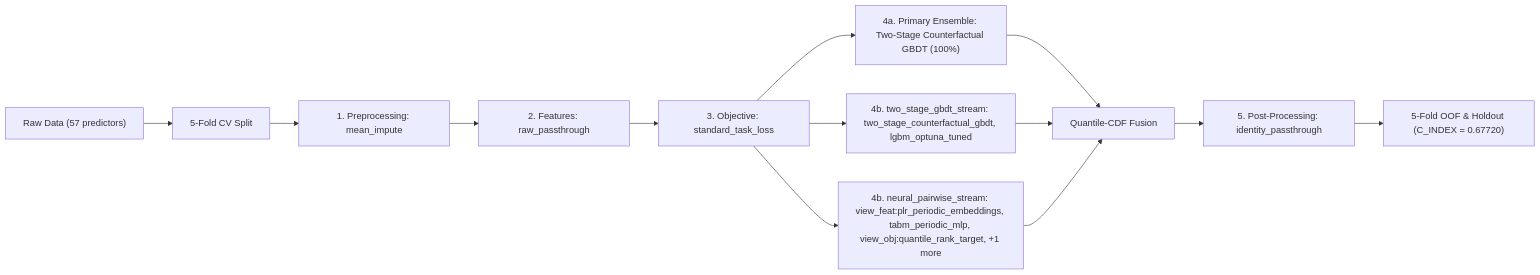
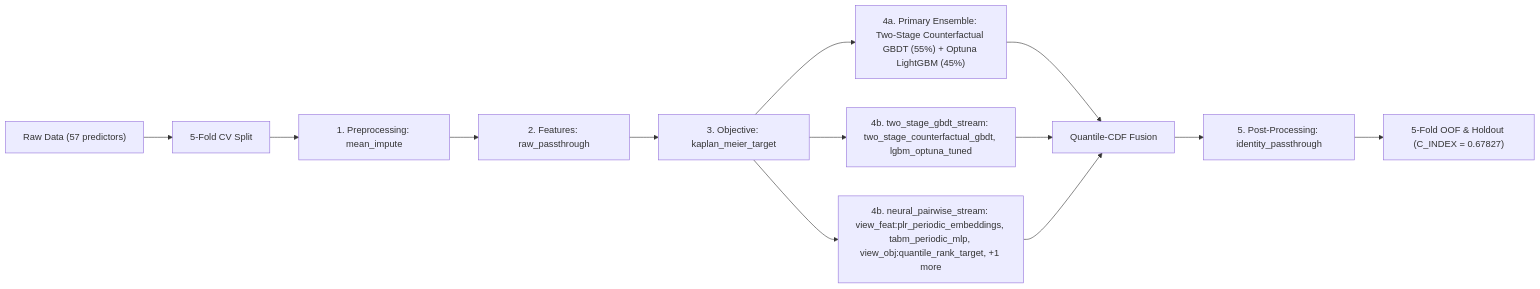
One commit to stefanoclss/CIBMTR-Equity-in-Post-HCT-Survival-Predictions changed the diagram in README.md. Above: the diagram before and after it, drawn with Mermaid. The commit also changed other lines of this file, not shown here.

First line of the commit message:
docs(readme): refresh verified OOF benchmark & build ledger (C_INDEX=0.67827)

````diff
--- a/README.md
+++ b/README.md
@@ -70,15 +71,15 @@
 ```mermaid
 flowchart LR
     DATA["Raw Data (57 predictors)"] --> SPLIT["5-Fold CV Split"]
     SPLIT --> PRE["1. Preprocessing: mean_impute"]
     PRE --> FEAT["2. Features: raw_passthrough"]
-    FEAT --> OBJ["3. Objective: standard_task_loss"]
-    OBJ --> M0["4a. Primary Ensemble: Two-Stage Counterfactual GBDT (100%)"]
+    FEAT --> OBJ["3. Objective: kaplan_meier_target"]
+    OBJ --> M0["4a. Primary Ensemble: Two-Stage Counterfactual GBDT (55%) + Optuna LightGBM (45%)"]
     M0 --> FUSE["Quantile-CDF Fusion"]
     OBJ --> S1["4b. two_stage_gbdt_stream: two_stage_counterfactual_gbdt, lgbm_optuna_tuned"]
     S1 --> FUSE
     OBJ --> S2["4b. neural_pairwise_stream: view_feat:plr_periodic_embeddings, tabm_periodic_mlp, view_obj:quantile_rank_target, +1 more"]
     S2 --> FUSE
     FUSE --> POST["5. Post-Processing: identity_passthrough"]
-    POST --> OUT["5-Fold OOF & Holdout (C_INDEX = 0.67720)"]
+    POST --> OUT["5-Fold OOF & Holdout (C_INDEX = 0.67827)"]
 ```
````
